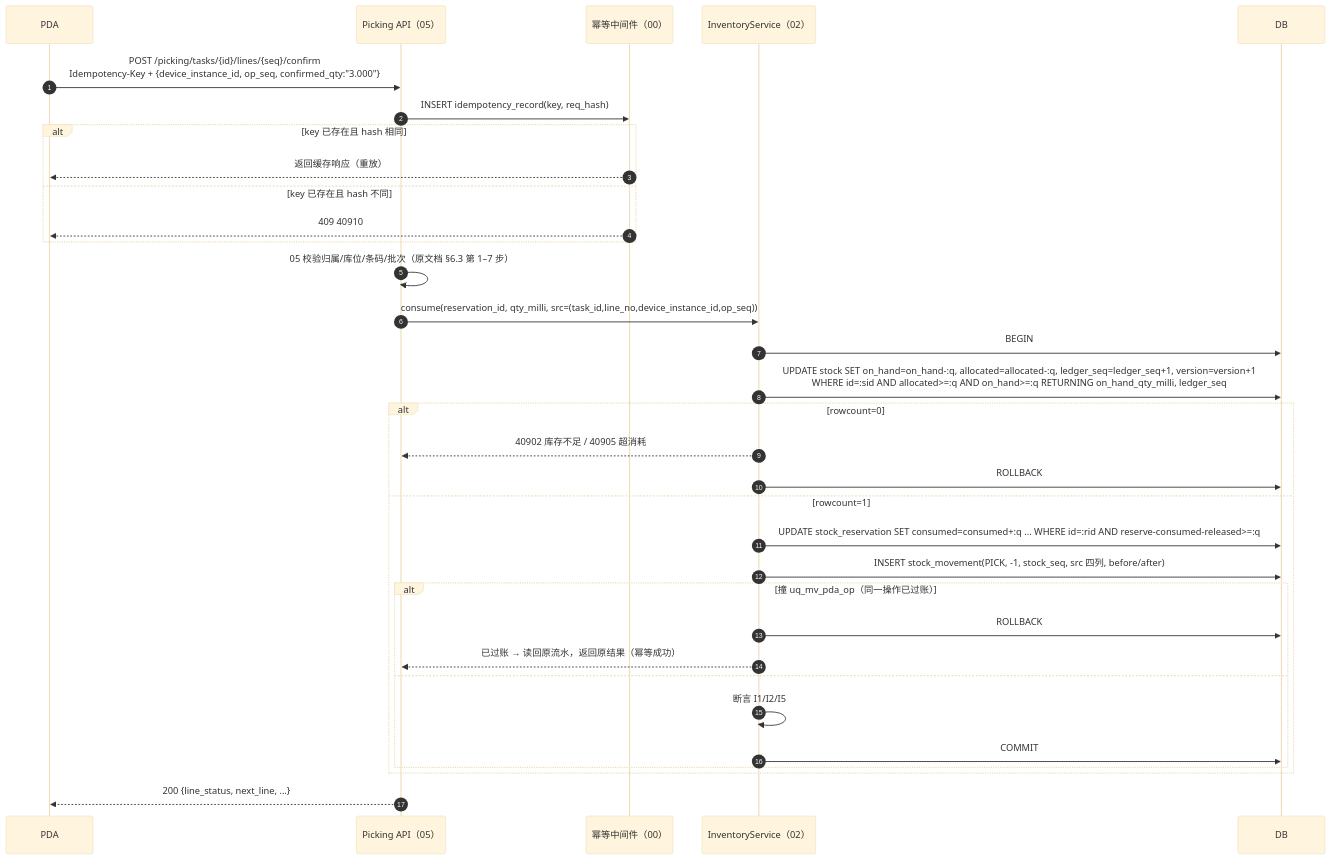
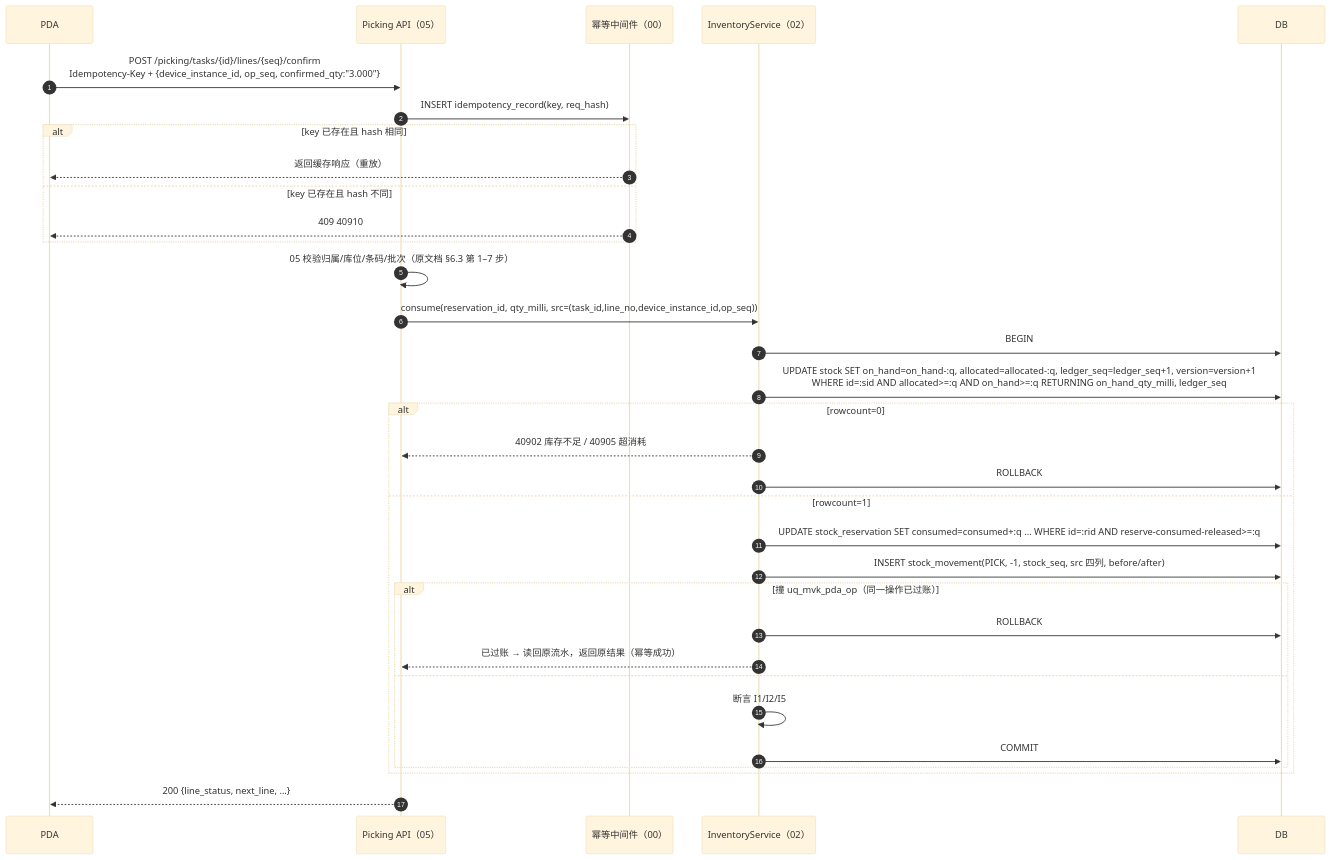
One commit to Akarin7784/fresh-wms changed the second of 4 diagrams in docs/02-库存核心.md. Above: the diagram before and after it, drawn with Mermaid (base theme). The commit also changed other lines of this file and 4 other files, not shown here.

````diff
--- a/docs/02-库存核心.md
+++ b/docs/02-库存核心.md
@@ -361,35 +365,35 @@
 ```mermaid
 sequenceDiagram
   autonumber
   participant PDA
   participant API as Picking API（05）
   participant IDEM as 幂等中间件（00）
   participant INV as InventoryService（02）
   participant DB
   PDA->>API: POST /picking/tasks/{id}/lines/{seq}/confirm<br/>Idempotency-Key + {device_instance_id, op_seq, confirmed_qty:"3.000"}
   API->>IDEM: INSERT idempotency_record(key, req_hash)
   alt key 已存在且 hash 相同
     IDEM-->>PDA: 返回缓存响应（重放）
   else key 已存在且 hash 不同
     IDEM-->>PDA: 409 40910
   end
   API->>API: 05 校验归属/库位/条码/批次（原文档 §6.3 第 1–7 步）
   API->>INV: consume(reservation_id, qty_milli, src=(task_id,line_no,device_instance_id,op_seq))
   INV->>DB: BEGIN
   INV->>DB: UPDATE stock SET on_hand=on_hand-:q, allocated=allocated-:q, ledger_seq=ledger_seq+1, version=version+1<br/>WHERE id=:sid AND allocated>=:q AND on_hand>=:q RETURNING on_hand_qty_milli, ledger_seq
   alt rowcount=0
     INV-->>API: 40902 库存不足 / 40905 超消耗
     INV->>DB: ROLLBACK
   else rowcount=1
     INV->>DB: UPDATE stock_reservation SET consumed=consumed+:q ... WHERE id=:rid AND reserve-consumed-released>=:q
     INV->>DB: INSERT stock_movement(PICK, -1, stock_seq, src 四列, before/after)
-    alt 撞 uq_mv_pda_op（同一操作已过账）
+    alt 撞 uq_mvk_pda_op（同一操作已过账）
       INV->>DB: ROLLBACK
       INV-->>API: 已过账 → 读回原流水，返回原结果（幂等成功）
     else
       INV->>INV: 断言 I1/I2/I5
       INV->>DB: COMMIT
     end
   end
   API-->>PDA: 200 {line_status, next_line, ...}
 ```
````
